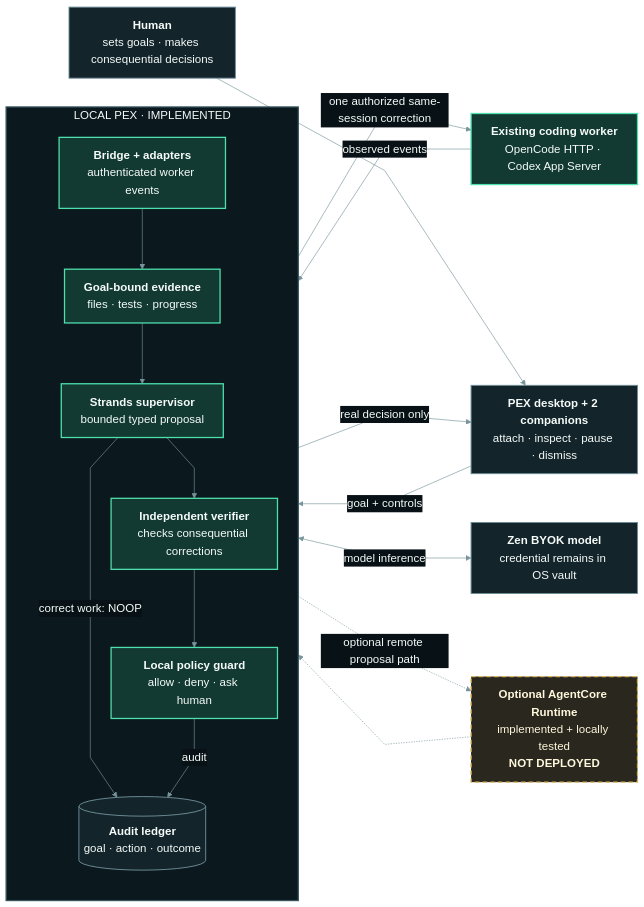
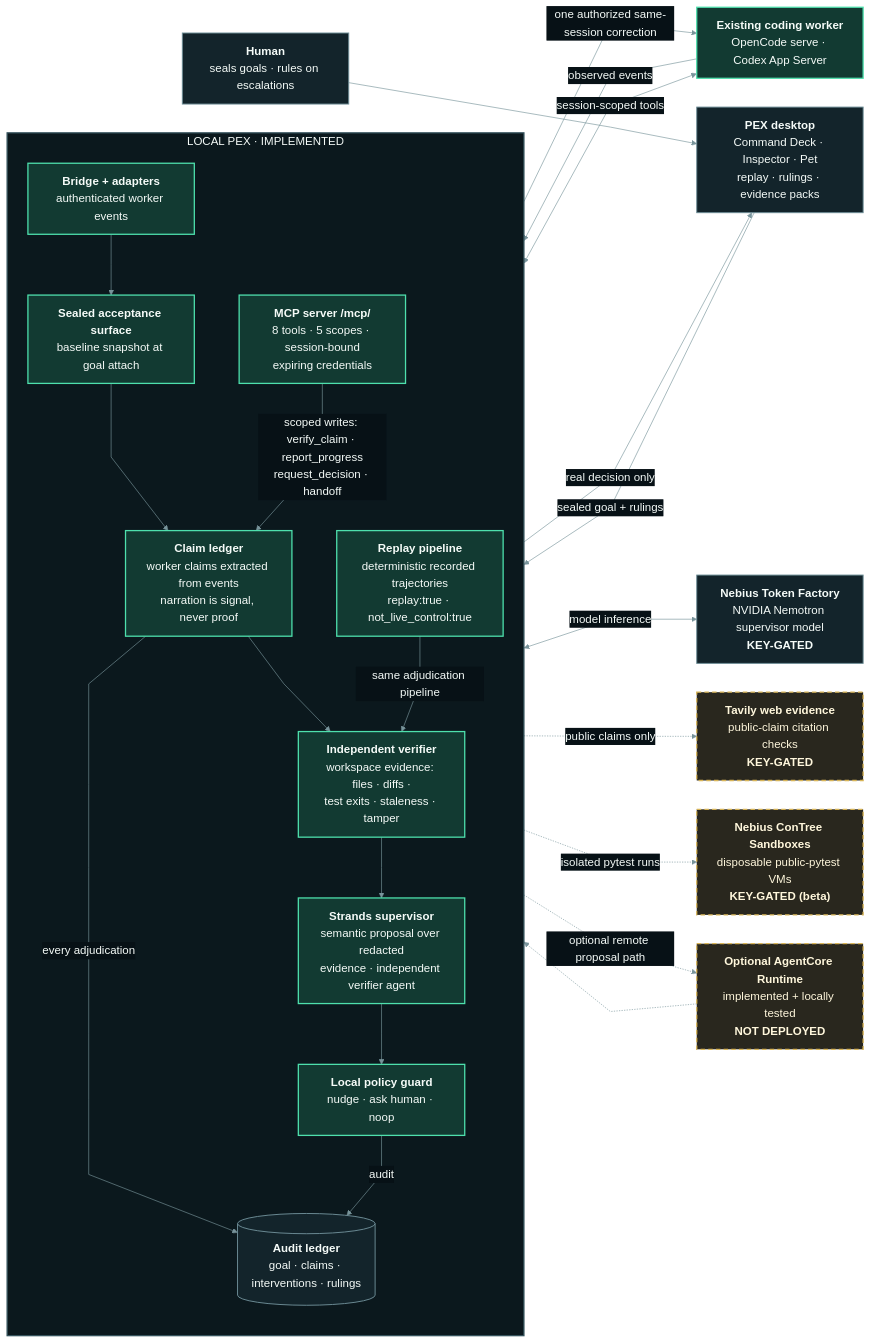
One commit to josepha-mayo/pex changed the diagram in docs/architecture/pex-architecture.mmd. Above: the diagram before and after it, drawn with Mermaid. The commit also changed 23 other files, not shown here.

First line of the commit message:
replay sealing hardening + modern architecture diagram + judge-path UX polish

```diff
--- a/docs/architecture/pex-architecture.mmd
+++ b/docs/architecture/pex-architecture.mmd
@@ -1,37 +1,48 @@
 %%{init: {"theme":"base","themeVariables":{"fontFamily":"Inter, Segoe UI, Arial","fontSize":"18px","primaryTextColor":"#f5fbf8","lineColor":"#78949b","edgeLabelBackground":"#071116","clusterBkg":"#0d1b21","clusterBorder":"#34515a"},"flowchart":{"curve":"linear","nodeSpacing":45,"rankSpacing":70,"htmlLabels":true}}}%%
 flowchart LR
-  human["<b>Human</b><br/>sets goals · makes consequential decisions"]
-  ui["<b>PEX desktop + 2 companions</b><br/>attach · inspect · pause · dismiss"]
-  zen["<b>Zen BYOK model</b><br/>credential remains in OS vault"]
+  human["<b>Human</b><br/>seals goals · rules on escalations"]
+  ui["<b>PEX desktop</b><br/>Command Deck · Inspector · Pet<br/>replay · rulings · evidence packs"]
+  nebius["<b>Nebius Token Factory</b><br/>NVIDIA Nemotron supervisor model<br/><b>KEY-GATED</b>"]
 
   subgraph local["LOCAL PEX · IMPLEMENTED"]
     direction TB
     bridge["<b>Bridge + adapters</b><br/>authenticated worker events"]
-    evidence["<b>Goal-bound evidence</b><br/>files · tests · progress"]
-    strands["<b>Strands supervisor</b><br/>bounded typed proposal"]
-    verifier["<b>Independent verifier</b><br/>checks consequential corrections"]
-    policy["<b>Local policy guard</b><br/>allow · deny · ask human"]
-    ledger[("<b>Audit ledger</b><br/>goal · action · outcome")]
-    bridge --> evidence --> strands --> verifier --> policy
-    strands -->|correct work: NOOP| ledger
+    seal["<b>Sealed acceptance surface</b><br/>baseline snapshot at goal attach"]
+    claims["<b>Claim ledger</b><br/>worker claims extracted from events<br/>narration is signal, never proof"]
+    verifier["<b>Independent verifier</b><br/>workspace evidence: files · diffs ·<br/>test exits · staleness · tamper"]
+    supervisor["<b>Strands supervisor</b><br/>semantic proposal over redacted<br/>evidence · independent verifier agent"]
+    policy["<b>Local policy guard</b><br/>nudge · ask human · noop"]
+    ledger[("<b>Audit ledger</b><br/>goal · claims · interventions · rulings")]
+    mcp["<b>MCP server /mcp/</b><br/>8 tools · 5 scopes · session-bound<br/>expiring credentials"]
+    replay["<b>Replay pipeline</b><br/>deterministic recorded trajectories<br/>replay:true · not_live_control:true"]
+
+    bridge --> seal --> claims --> verifier --> supervisor --> policy
+    claims -->|every adjudication| ledger
     policy -->|audit| ledger
+    mcp -->|scoped writes: verify_claim · report_progress<br/>request_decision · handoff| claims
+    replay -->|same adjudication pipeline| verifier
   end
 
-  worker["<b>Existing coding worker</b><br/>OpenCode HTTP · Codex App Server"]
+  worker["<b>Existing coding worker</b><br/>OpenCode serve · Codex App Server"]
   agentcore["<b>Optional AgentCore Runtime</b><br/>implemented + locally tested<br/><b>NOT DEPLOYED</b>"]
+  contree["<b>Nebius ConTree Sandboxes</b><br/>disposable public-pytest VMs<br/><b>KEY-GATED (beta)</b>"]
+  tavily["<b>Tavily web evidence</b><br/>public-claim citation checks<br/><b>KEY-GATED</b>"]
 
-  human --> ui -->|goal + controls| bridge
+  human --> ui -->|sealed goal + rulings| bridge
   worker -->|observed events| bridge
+  worker <-->|session-scoped tools| mcp
   policy -->|one authorized same-session correction| worker
   policy -->|real decision only| ui
-  strands <-->|model inference| zen
+  supervisor <-->|model inference| nebius
+  verifier -.->|public claims only| tavily
+  verifier -.->|isolated pytest runs| contree
   bridge -.->|optional remote proposal path| agentcore
-  agentcore -.-> strands
+  agentcore -.-> supervisor
 
   classDef core fill:#123a32,stroke:#4ee0ad,color:#f5fbf8,stroke-width:2px;
   classDef surface fill:#13242b,stroke:#6d8d96,color:#f5fbf8,stroke-width:1.5px;
   classDef optional fill:#29271e,stroke:#d8b456,color:#fff7dc,stroke-width:2px,stroke-dasharray:7 5;
-  class bridge,evidence,strands,verifier,policy,worker core;
-  class human,ui,zen,ledger surface;
-  class agentcore optional;
+  class bridge,seal,claims,verifier,supervisor,policy,worker,mcp,replay core;
+  class human,ui,nebius,ledger surface;
+  class agentcore,contree,tavily optional;
   style local fill:#0b181d,stroke:#35535c,color:#f5fbf8,stroke-width:2px
```
